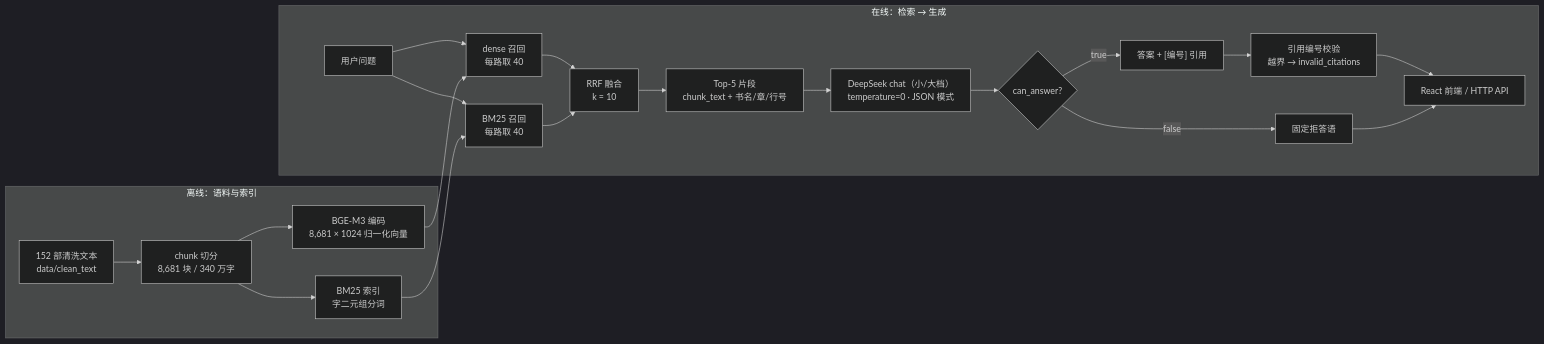
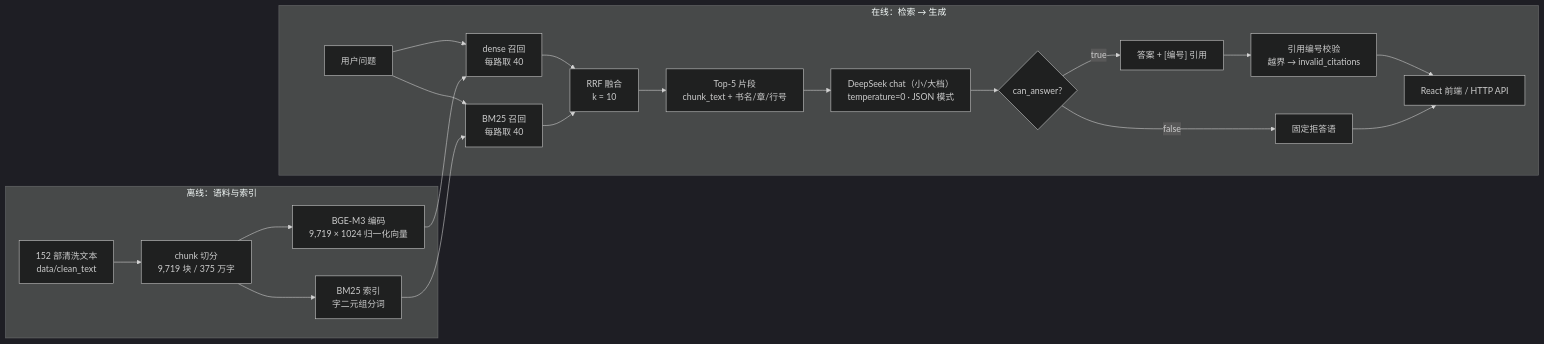
One commit to true-12138/mingli-rag changed the diagram in README.md. Above: the diagram before and after it, drawn with Mermaid (dark theme). The commit also changed other lines of this file and 77 other files, not shown here.

````diff
--- a/README.md
+++ b/README.md
@@ -84,25 +84,25 @@
 ```mermaid
 flowchart LR
     subgraph OFFLINE["离线：语料与索引"]
-        A["152 部清洗文本<br/>data/clean_text"] --> B["chunk 切分<br/>8,681 块 / 340 万字"]
-        B --> C["BGE-M3 编码<br/>8,681 × 1024 归一化向量"]
+        A["152 部清洗文本<br/>data/clean_text"] --> B["chunk 切分<br/>9,719 块 / 375 万字"]
+        B --> C["BGE-M3 编码<br/>9,719 × 1024 归一化向量"]
         B --> D["BM25 索引<br/>字二元组分词"]
     end
 
     subgraph ONLINE["在线：检索 → 生成"]
         Q["用户问题"] --> E["dense 召回<br/>每路取 40"]
         Q --> F["BM25 召回<br/>每路取 40"]
         C --> E
         D --> F
         E --> G["RRF 融合<br/>k = 10"]
         F --> G
         G --> H["Top-5 片段<br/>chunk_text + 书名/章/行号"]
         H --> I["DeepSeek chat（小/大档）<br/>temperature=0 · JSON 模式"]
         I --> J{"can_answer?"}
         J -->|"true"| K["答案 + [编号] 引用"]
         J -->|"false"| L["固定拒答语"]
         K --> M["引用编号校验<br/>越界 → invalid_citations"]
         M --> N["React 前端 / HTTP API"]
         L --> N
     end
 ```
````
